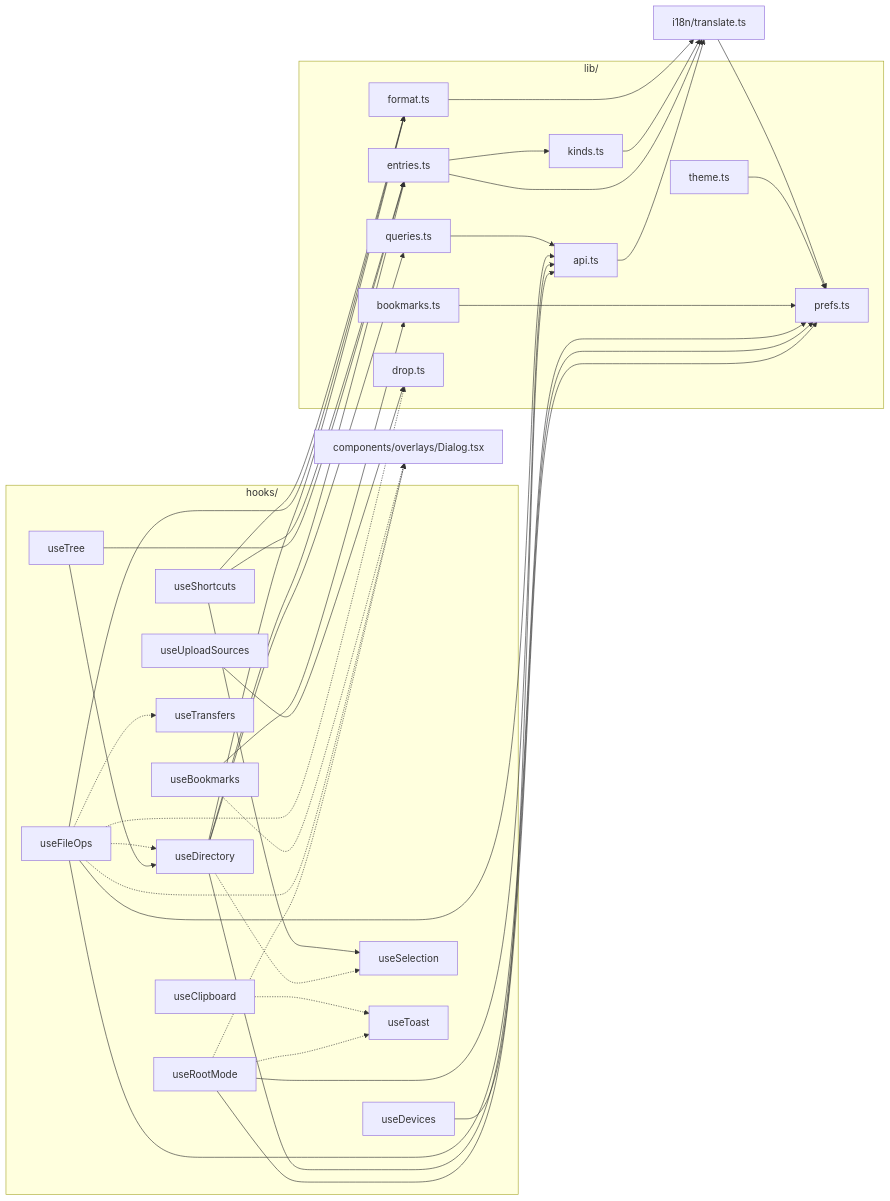
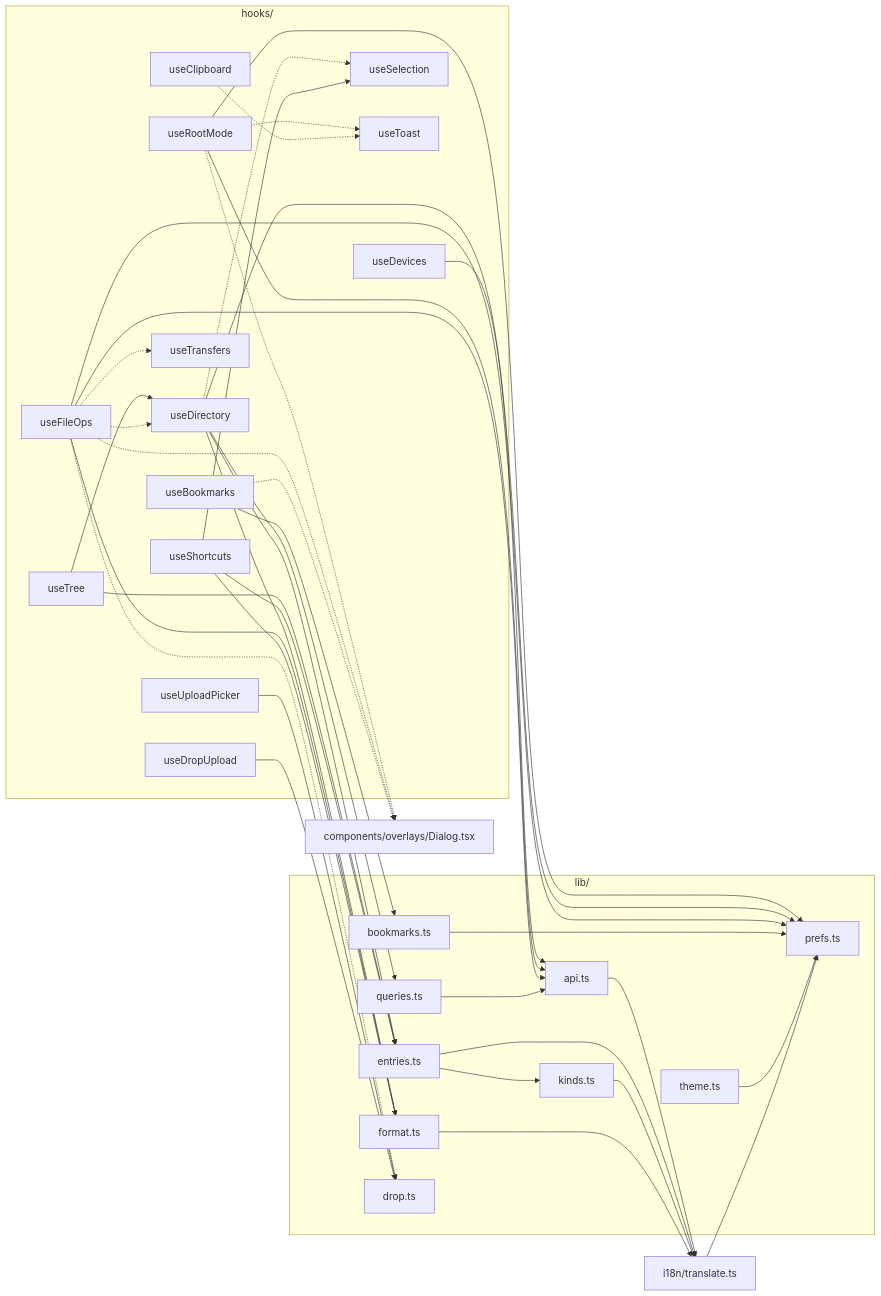
One commit to wynnyu/adb-file-manager changed the sixth of 10 diagrams in docs/architecture.md. Above: the diagram before and after it, drawn with Mermaid. The commit also changed 6 other files, not shown here.

````diff
--- a/docs/architecture.md
+++ b/docs/architecture.md
@@ -174,69 +174,71 @@
 ```mermaid
 flowchart LR
   subgraph hooks["hooks/"]
     useDevices
     useRootMode
     useSelection
     useDirectory
     useTree
     useFileOps
     useClipboard
     useBookmarks
     useTransfers
     useToast
     useShortcuts
-    useUploadSources
+    useUploadPicker
+    useDropUpload
   end
 
   subgraph lib["lib/"]
     api["api.ts"]
     queries["queries.ts"]
     entries["entries.ts"]
     kinds["kinds.ts"]
     format["format.ts"]
     prefs["prefs.ts"]
     bookmarks["bookmarks.ts"]
     drop["drop.ts"]
     theme["theme.ts"]
   end
 
   translate["i18n/translate.ts"]
   Dialog["components/overlays/Dialog.tsx"]
 
   useDevices --> api
   useRootMode --> api
   useRootMode --> prefs
   useRootMode -.-> useToast
   useRootMode -.-> Dialog
   useDirectory --> queries
   useDirectory --> entries
   useDirectory --> format
   useDirectory --> prefs
   useDirectory -.-> useSelection
   useTree --> useDirectory
   useTree --> entries
   useFileOps --> api
   useFileOps --> format
   useFileOps --> prefs
   useFileOps -.-> useDirectory
   useFileOps -.-> useTransfers
   useFileOps -.-> drop
   useFileOps -.-> Dialog
   useClipboard -.-> useToast
   useBookmarks --> bookmarks
   useBookmarks -.-> Dialog
   useShortcuts --> useSelection
   useShortcuts --> entries
   useShortcuts --> format
-  useUploadSources --> drop
+  useUploadPicker --> drop
+  useDropUpload --> drop
 
   queries --> api
   api --> translate
   entries --> kinds
   entries --> translate
   kinds --> translate
   format --> translate
   bookmarks --> prefs
   theme --> prefs
   translate --> prefs
 ```
````
